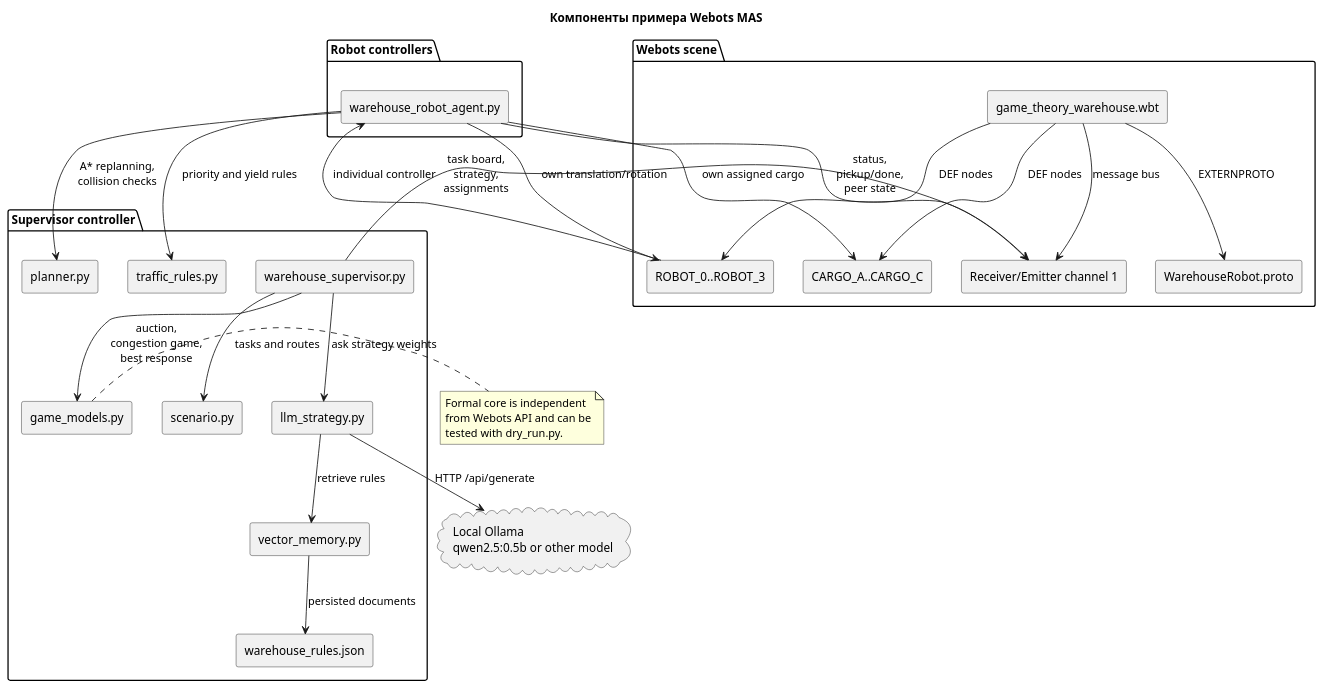
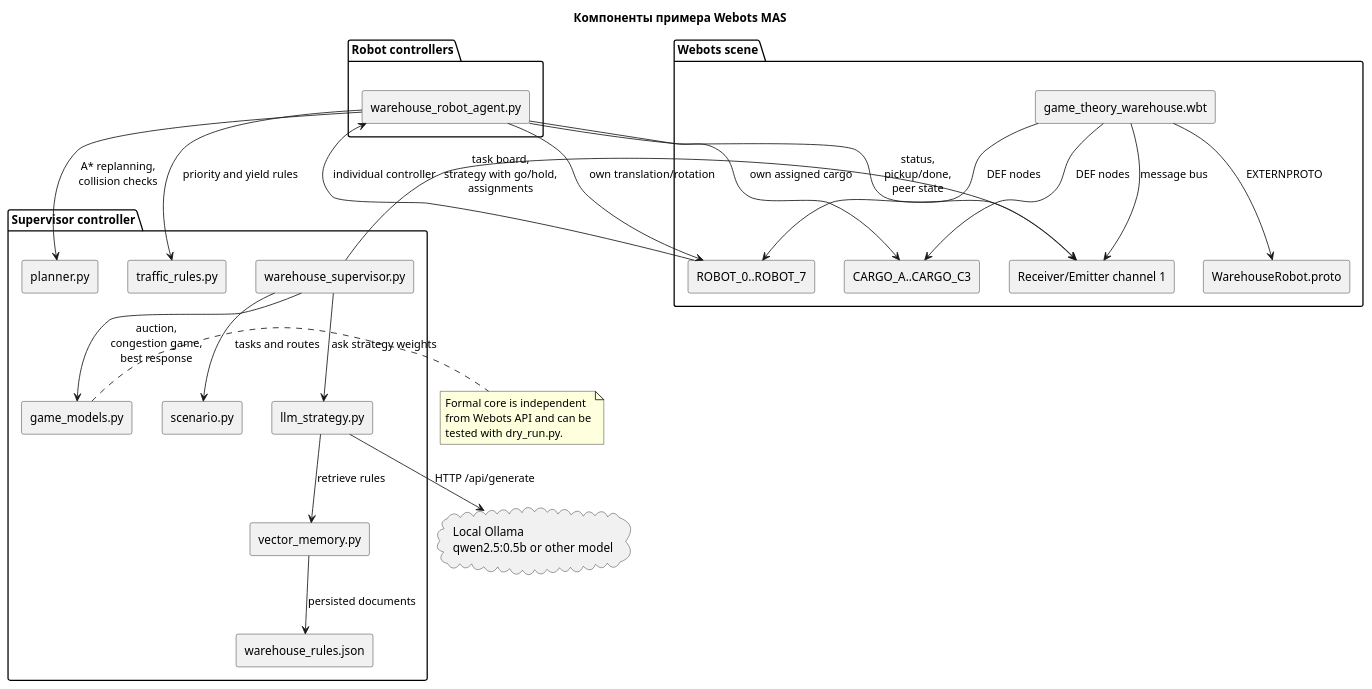
The diagram in ml_course_ru/semester_2/lecture_04_multiagent_systems/webots_game_theory_warehouse/docs/diagrams/components.puml (ulstu/ml), drawn with PlantUML before and after one commit. The commit also changed 56 other files, not shown here.

```diff
--- a/ml_course_ru/semester_2/lecture_04_multiagent_systems/webots_game_theory_warehouse/docs/diagrams/components.puml
+++ b/ml_course_ru/semester_2/lecture_04_multiagent_systems/webots_game_theory_warehouse/docs/diagrams/components.puml
@@ -1,59 +1,59 @@
 @startuml components
 skinparam componentStyle rectangle
 skinparam shadowing false
 skinparam backgroundColor #FFFFFF
 skinparam defaultFontName Arial
 skinparam packageTitleAlignment left
 
 title Компоненты примера Webots MAS
 
 package "Webots scene" {
   [game_theory_warehouse.wbt] as world
   [WarehouseRobot.proto] as proto
-  [ROBOT_0..ROBOT_3] as robots
-  [CARGO_A..CARGO_C] as cargos
+  [ROBOT_0..ROBOT_7] as robots
+  [CARGO_A..CARGO_C3] as cargos
   [Receiver/Emitter channel 1] as network
 }
 
 package "Supervisor controller" {
   [warehouse_supervisor.py] as supervisor
   [scenario.py] as scenario
   [game_models.py] as models
   [llm_strategy.py] as llm
   [vector_memory.py] as vectormemory
   [warehouse_rules.json] as rules
   [planner.py] as planner
   [traffic_rules.py] as traffic
 }
 
 package "Robot controllers" {
   [warehouse_robot_agent.py] as agent
 }
 
 cloud "Local Ollama\nqwen2.5:0.5b or other model" as ollama
 
 world --> proto : EXTERNPROTO
 world --> robots : DEF nodes
 world --> cargos : DEF nodes
 world --> network : message bus
 robots --> agent : individual controller
 
-supervisor --> network : task board,\nstrategy,\nassignments
+supervisor --> network : task board,\nstrategy with go/hold,\nassignments
 agent --> network : status,\npickup/done,\npeer state
 agent --> robots : own translation/rotation
 agent --> cargos : own assigned cargo
 supervisor --> scenario : tasks and routes
 supervisor --> models : auction,\ncongestion game,\nbest response
 supervisor --> llm : ask strategy weights
 agent --> planner : A* replanning,\ncollision checks
 agent --> traffic : priority and yield rules
 llm --> ollama : HTTP /api/generate
 llm --> vectormemory : retrieve rules
 vectormemory --> rules : persisted documents
 
 note right of models
 Formal core is independent
 from Webots API and can be
 tested with dry_run.py.
 end note
 @enduml
```
